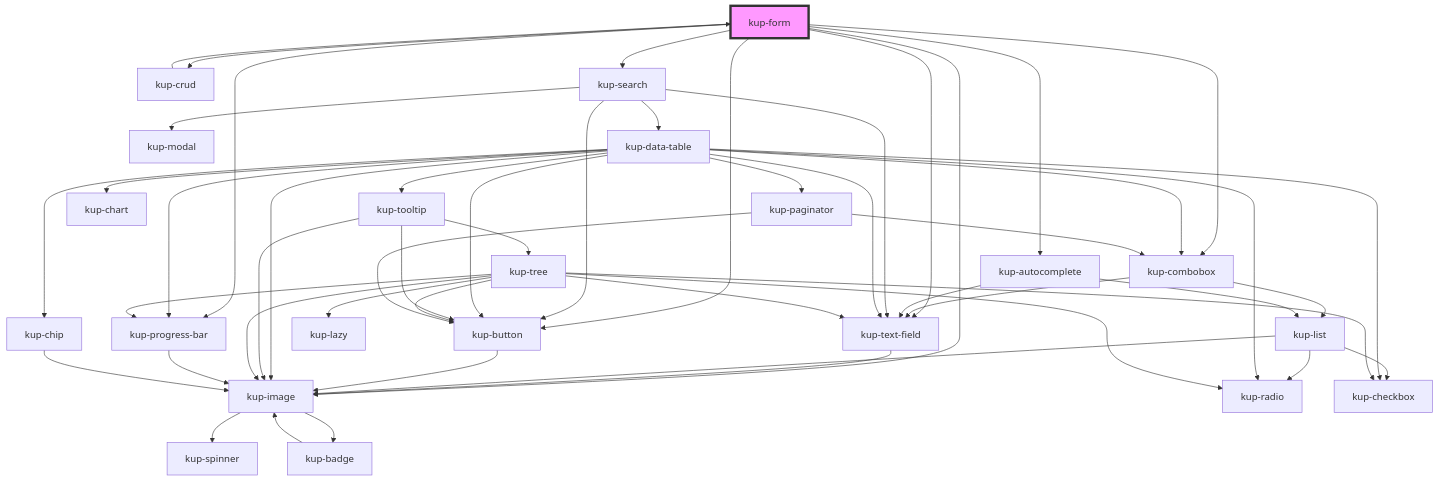
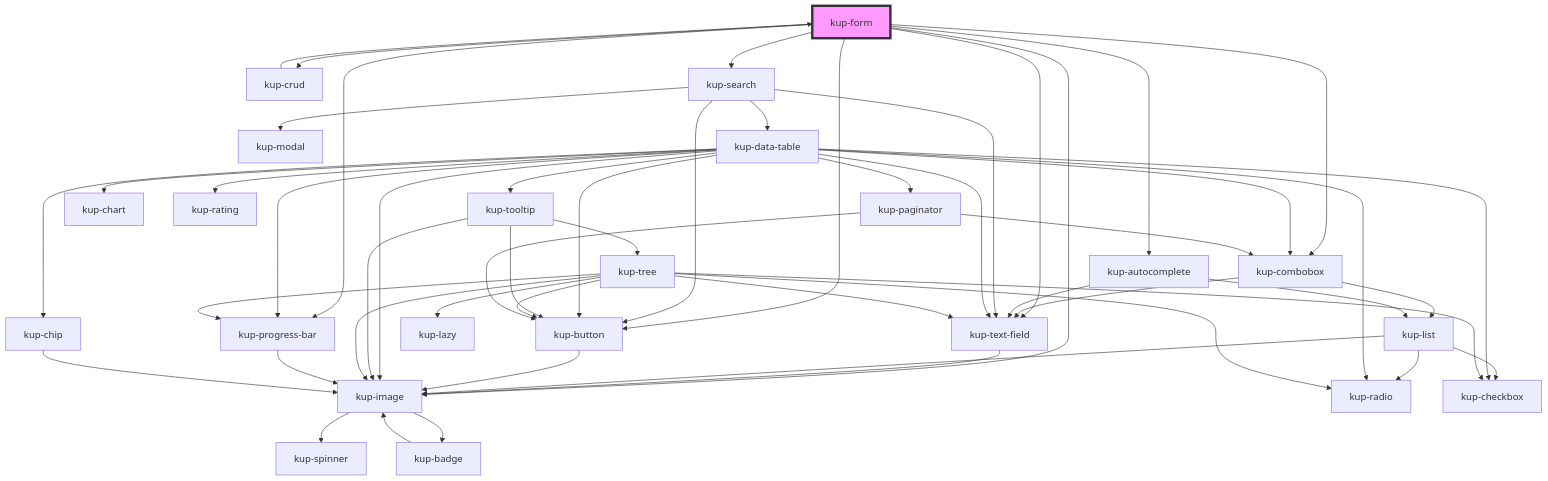
One commit to smeup/ketchup changed the diagram in packages/ketchup/src/components/kup-form/readme.md. Above: the diagram before and after it, drawn with Mermaid. The commit also changed 24 other files, not shown here.

Commit message:
rating: new kup-rating component and managed RTG shape in kup-datatable

````diff
--- a/packages/ketchup/src/components/kup-form/readme.md
+++ b/packages/ketchup/src/components/kup-form/readme.md
@@ -131,54 +131,55 @@
 ```mermaid
 graph TD;
   kup-form --> kup-combobox
   kup-form --> kup-crud
   kup-form --> kup-autocomplete
   kup-form --> kup-search
   kup-form --> kup-image
   kup-form --> kup-progress-bar
   kup-form --> kup-text-field
   kup-form --> kup-button
   kup-combobox --> kup-text-field
   kup-combobox --> kup-list
   kup-text-field --> kup-image
   kup-image --> kup-spinner
   kup-image --> kup-badge
   kup-badge --> kup-image
   kup-list --> kup-image
   kup-list --> kup-radio
   kup-list --> kup-checkbox
   kup-crud --> kup-form
   kup-button --> kup-image
   kup-autocomplete --> kup-text-field
   kup-autocomplete --> kup-list
   kup-search --> kup-text-field
   kup-search --> kup-button
   kup-search --> kup-modal
   kup-search --> kup-data-table
   kup-data-table --> kup-checkbox
   kup-data-table --> kup-button
   kup-data-table --> kup-text-field
   kup-data-table --> kup-tooltip
   kup-data-table --> kup-image
   kup-data-table --> kup-chart
   kup-data-table --> kup-progress-bar
+  kup-data-table --> kup-rating
   kup-data-table --> kup-radio
   kup-data-table --> kup-paginator
   kup-data-table --> kup-combobox
   kup-data-table --> kup-chip
   kup-tooltip --> kup-button
   kup-tooltip --> kup-image
   kup-tooltip --> kup-tree
   kup-tree --> kup-lazy
   kup-tree --> kup-button
   kup-tree --> kup-checkbox
   kup-tree --> kup-image
   kup-tree --> kup-progress-bar
   kup-tree --> kup-radio
   kup-tree --> kup-text-field
   kup-progress-bar --> kup-image
   kup-paginator --> kup-button
   kup-paginator --> kup-combobox
   kup-chip --> kup-image
   style kup-form fill:#f9f,stroke:#333,stroke-width:4px
 ```
````
